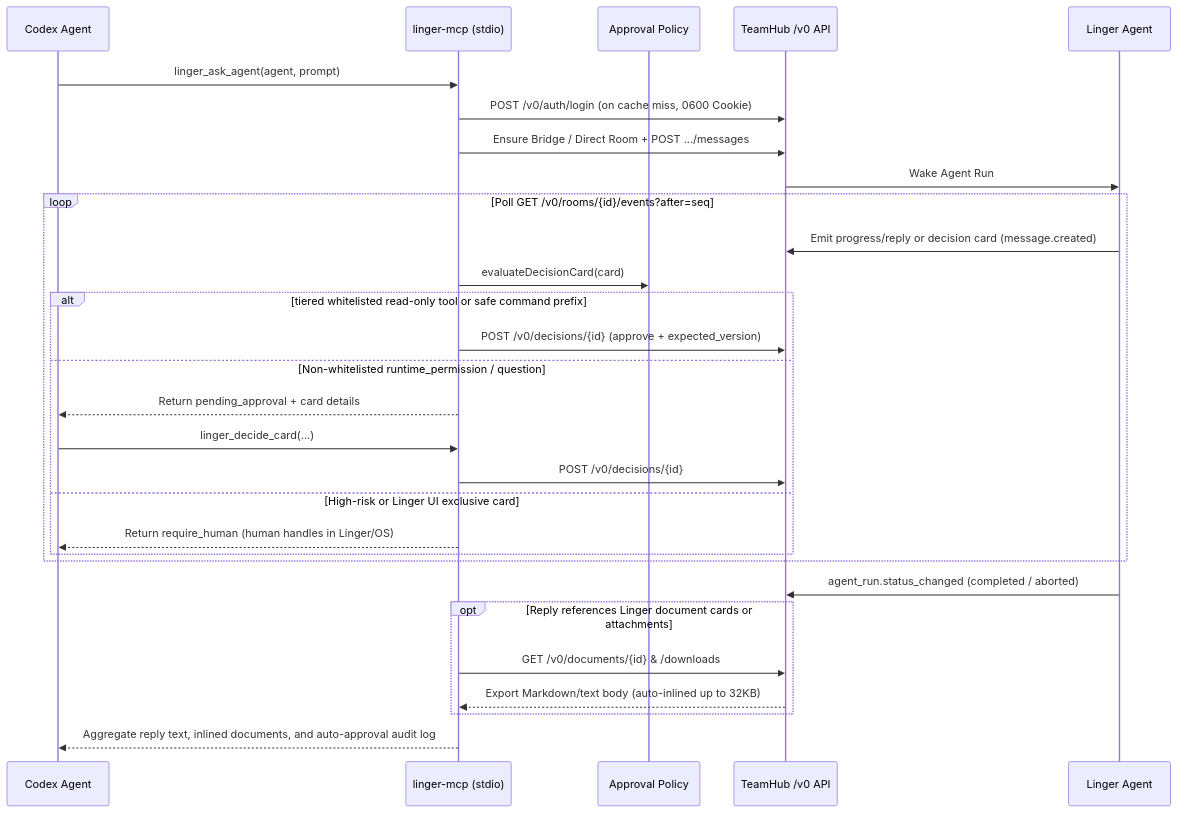
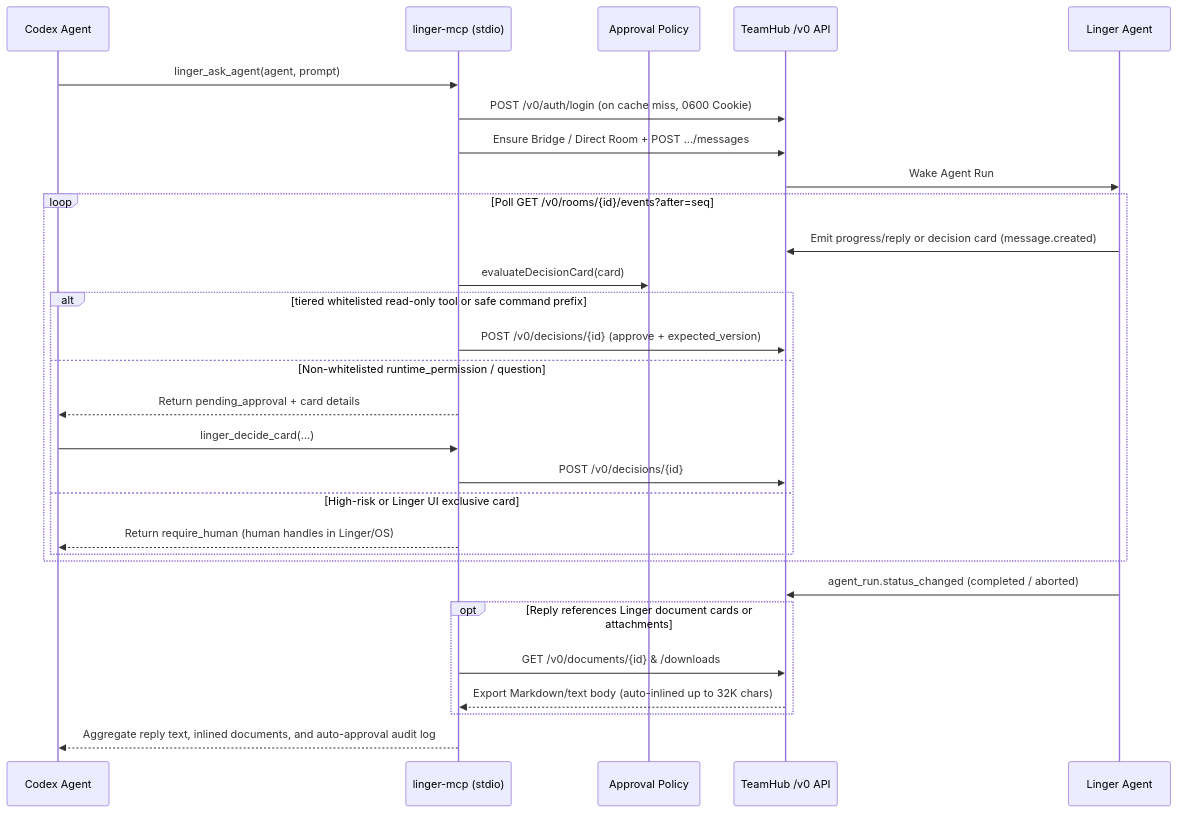
The diagram in README.en.md (Liuji860/linger-mcp), drawn with Mermaid before and after one commit. The commit also changed other lines of this file and 8 other files, not shown here.

````diff
--- a/README.en.md
+++ b/README.en.md
@@ -103,32 +103,32 @@
 ```mermaid
 sequenceDiagram
   participant C as Codex Agent
   participant M as linger-mcp (stdio)
   participant P as Approval Policy
   participant T as TeamHub /v0 API
   participant A as Linger Agent
 
   C->>M: linger_ask_agent(agent, prompt)
   M->>T: POST /v0/auth/login (on cache miss, 0600 Cookie)
   M->>T: Ensure Bridge / Direct Room + POST .../messages
   T->>A: Wake Agent Run
   loop Poll GET /v0/rooms/{id}/events?after=seq
     A->>T: Emit progress/reply or decision card (message.created)
     M->>P: evaluateDecisionCard(card)
     alt tiered whitelisted read-only tool or safe command prefix
       M->>T: POST /v0/decisions/{id} (approve + expected_version)
     else Non-whitelisted runtime_permission / question
       M-->>C: Return pending_approval + card details
       C->>M: linger_decide_card(...)
       M->>T: POST /v0/decisions/{id}
     else High-risk or Linger UI exclusive card
       M-->>C: Return require_human (human handles in Linger/OS)
     end
   end
   A->>T: agent_run.status_changed (completed / aborted)
   opt Reply references Linger document cards or attachments
     M->>T: GET /v0/documents/{id} & /downloads
-    T-->>M: Export Markdown/text body (auto-inlined up to 32KB)
+    T-->>M: Export Markdown/text body (auto-inlined up to 32K chars)
   end
   M-->>C: Aggregate reply text, inlined documents, and auto-approval audit log
 ```
````
